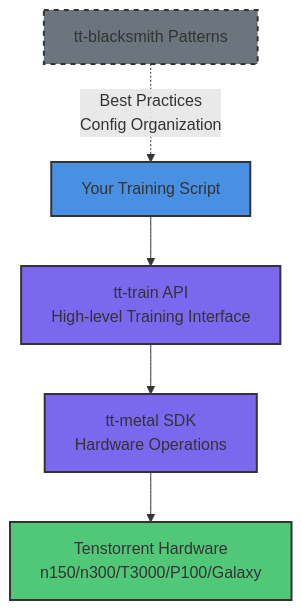
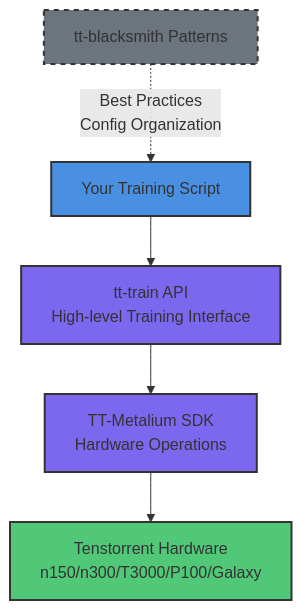
Before and after one commit to tenstorrent/tt-vscode-toolkit: the first of 2 diagrams in content/lessons/ct1-understanding-training.md, drawn with Mermaid. The commit also changed other lines of this file and 95 other files, not shown here.

````diff
--- a/content/lessons/ct1-understanding-training.md
+++ b/content/lessons/ct1-understanding-training.md
@@ -121,14 +121,14 @@
 ```mermaid
 graph TD
     A[Your Training Script] --> B[tt-train API<br/>High-level Training Interface]
-    B --> C[tt-metal SDK<br/>Hardware Operations]
+    B --> C[TT-Metalium SDK<br/>Hardware Operations]
     C --> D[Tenstorrent Hardware<br/>n150/n300/T3000/P100/Galaxy]
 
     E[tt-blacksmith Patterns] -.->|Best Practices<br/>Config Organization| A
 
     style A fill:#4A90E2,stroke:#333,stroke-width:2px
     style B fill:#7B68EE,stroke:#333,stroke-width:2px
     style C fill:#7B68EE,stroke:#333,stroke-width:2px
     style D fill:#50C878,stroke:#333,stroke-width:2px
     style E fill:#6C757D,stroke:#333,stroke-width:2px,stroke-dasharray: 5 5
 ```
````
